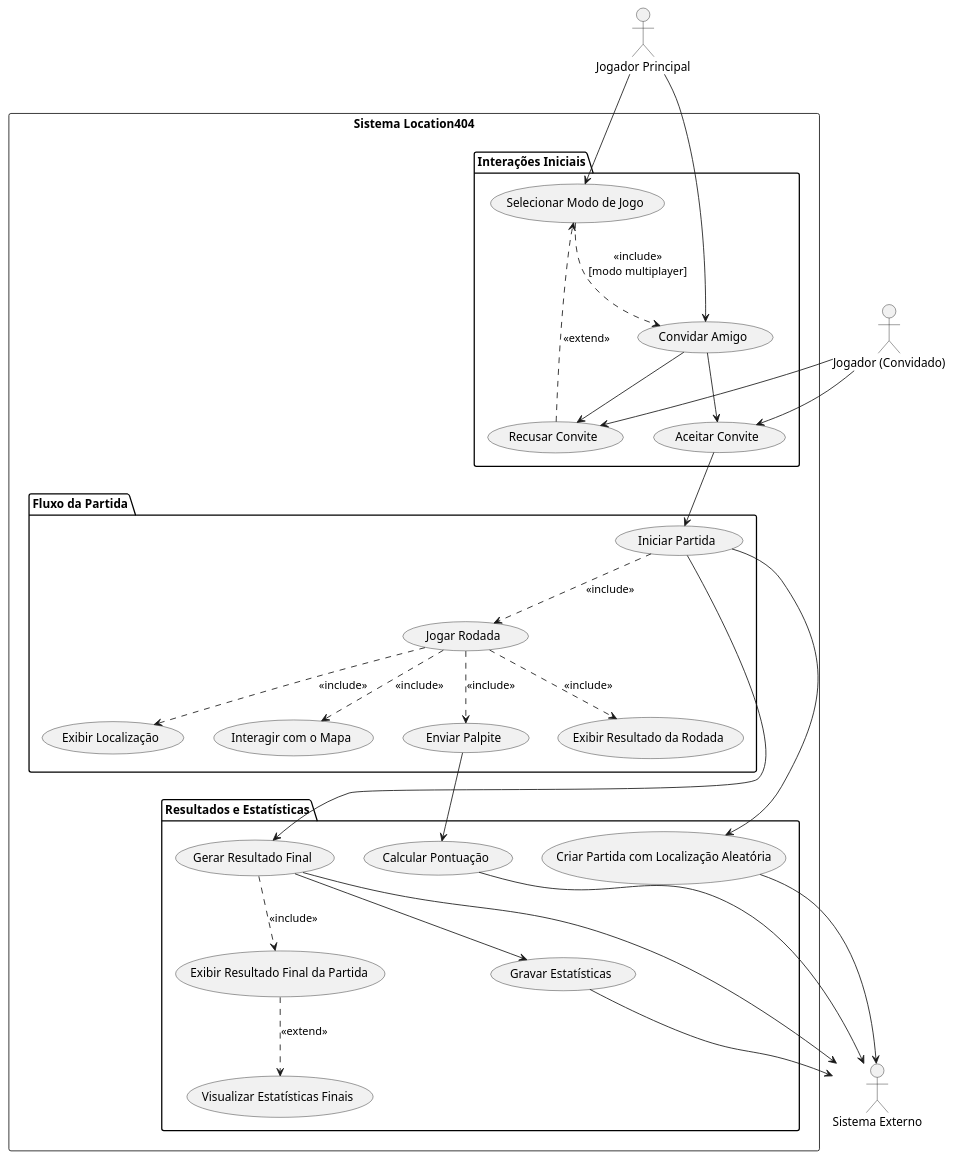
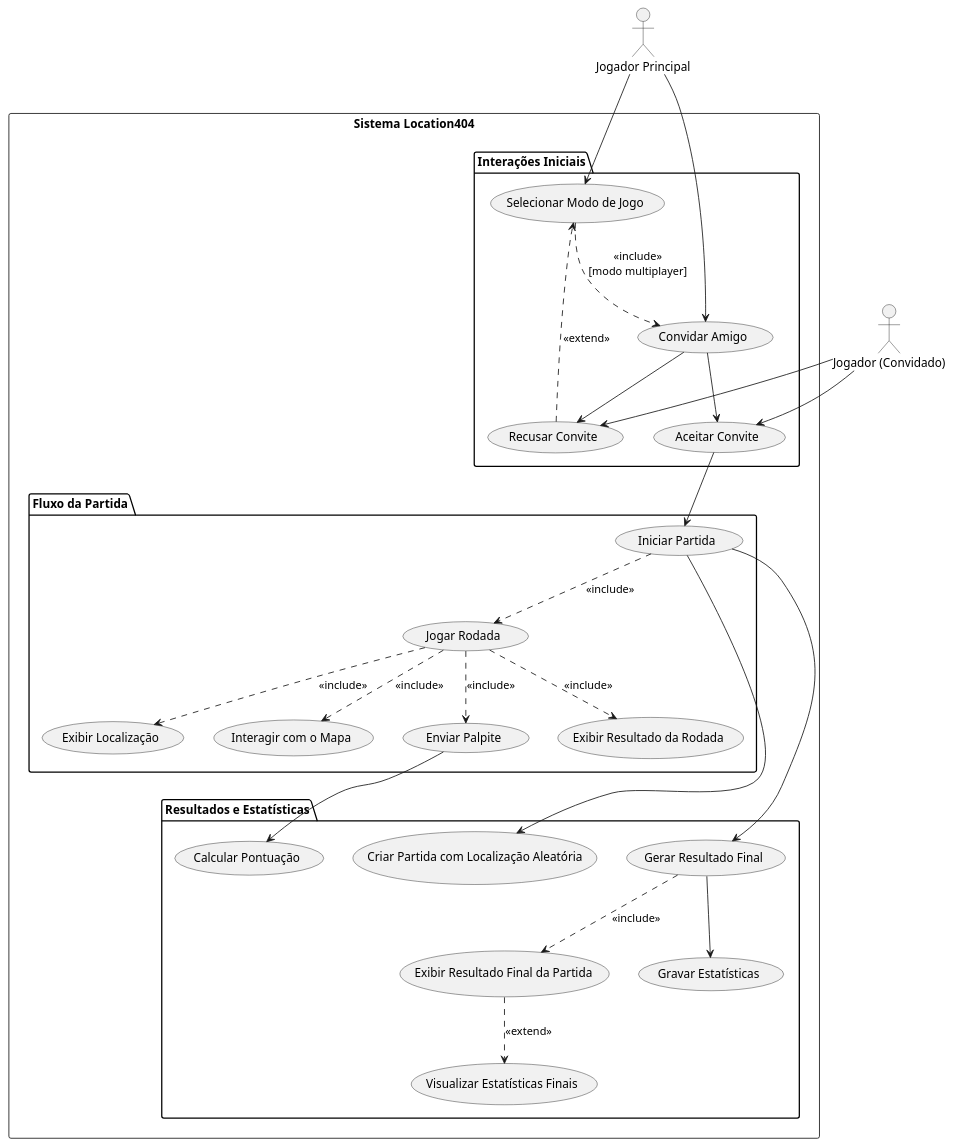
Before and after one commit to Location404/location404: the diagram in docs/diagramas/uc01-jogar-rodada.plantuml, drawn with PlantUML.

```diff
--- a/docs/diagramas/uc01-jogar-rodada.plantuml
+++ b/docs/diagramas/uc01-jogar-rodada.plantuml
@@ -1,64 +1,58 @@
 @startuml
 top to bottom direction
 
 actor "Jogador Principal" as jogador
 actor "Jogador (Convidado)" as amigo
 
 rectangle "Sistema Location404" {
   package "Interações Iniciais" {
     usecase "Selecionar Modo de Jogo" as selecionar_modo
     usecase "Convidar Amigo" as convidar_amigo
     usecase "Aceitar Convite" as aceitar_convite
     usecase "Recusar Convite" as recusar_convite
   }
 
   package "Fluxo da Partida" {
     usecase "Iniciar Partida" as iniciar_partida
     usecase "Jogar Rodada" as jogar_rodada
     usecase "Exibir Localização" as exibir_localizacao
     usecase "Interagir com o Mapa" as interagir_mapa
     usecase "Enviar Palpite" as enviar_palpite
     usecase "Exibir Resultado da Rodada" as exibir_resultado_rodada
   }
 
   package "Resultados e Estatísticas" {
     usecase "Calcular Pontuação" as calcular_pontuacao
     usecase "Exibir Resultado Final da Partida" as exibir_resultado_final
     usecase "Visualizar Estatísticas Finais" as visualizar_estatisticas_finais
     usecase "Criar Partida com Localização Aleatória" as criar_partida
     usecase "Gerar Resultado Final" as gerar_resultado
     usecase "Gravar Estatísticas" as gravar_estatisticas
   }
 }
 
-actor "Sistema Externo" as sistema
-
 jogador --> selecionar_modo
 jogador --> convidar_amigo
 
 convidar_amigo --> aceitar_convite
 convidar_amigo --> recusar_convite
 amigo --> aceitar_convite
 amigo --> recusar_convite
 
 aceitar_convite --> iniciar_partida
 iniciar_partida --> criar_partida
-criar_partida --> sistema
 
 selecionar_modo ..> convidar_amigo : "<<include>>\n[modo multiplayer]"
 recusar_convite ..> selecionar_modo : "<<extend>>"
 iniciar_partida ..> jogar_rodada : "<<include>>"
 jogar_rodada ..> exibir_localizacao : "<<include>>"
 jogar_rodada ..> interagir_mapa : "<<include>>"
 jogar_rodada ..> enviar_palpite : "<<include>>"
 jogar_rodada ..> exibir_resultado_rodada : "<<include>>"
 exibir_resultado_final ..> visualizar_estatisticas_finais : "<<extend>>"
 gerar_resultado ..> exibir_resultado_final : "<<include>>"
 
 enviar_palpite --> calcular_pontuacao
-calcular_pontuacao --> sistema
 iniciar_partida --> gerar_resultado
-gerar_resultado --> sistema
 gerar_resultado --> gravar_estatisticas
-gravar_estatisticas --> sistema
 @enduml
```
